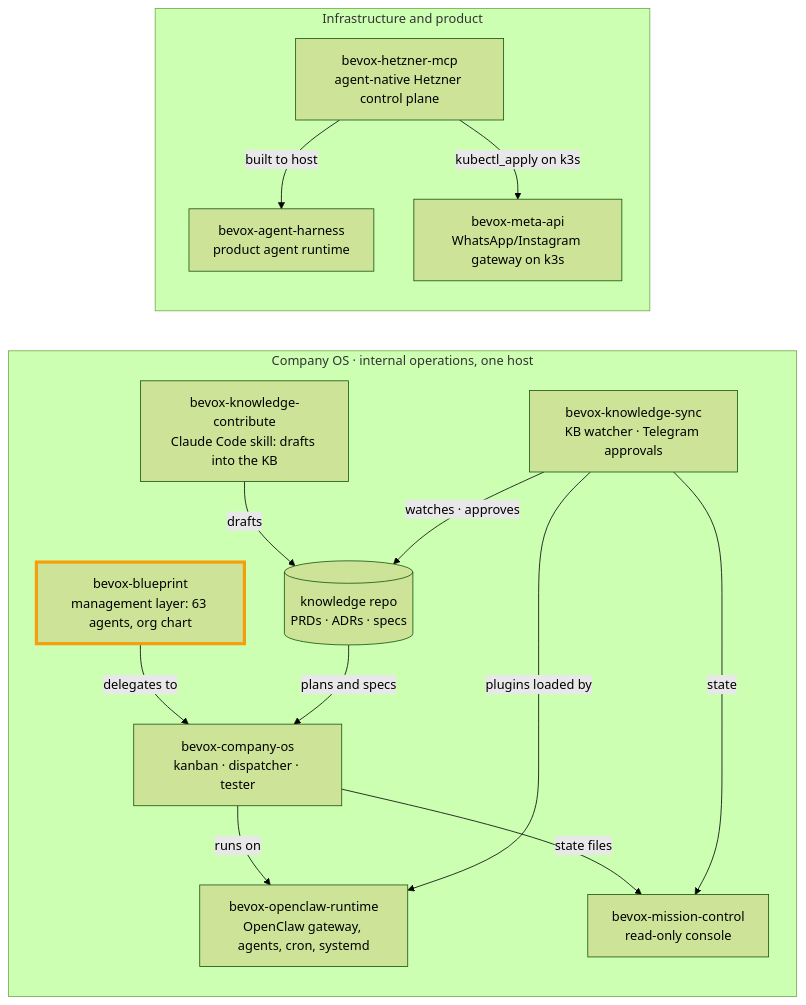
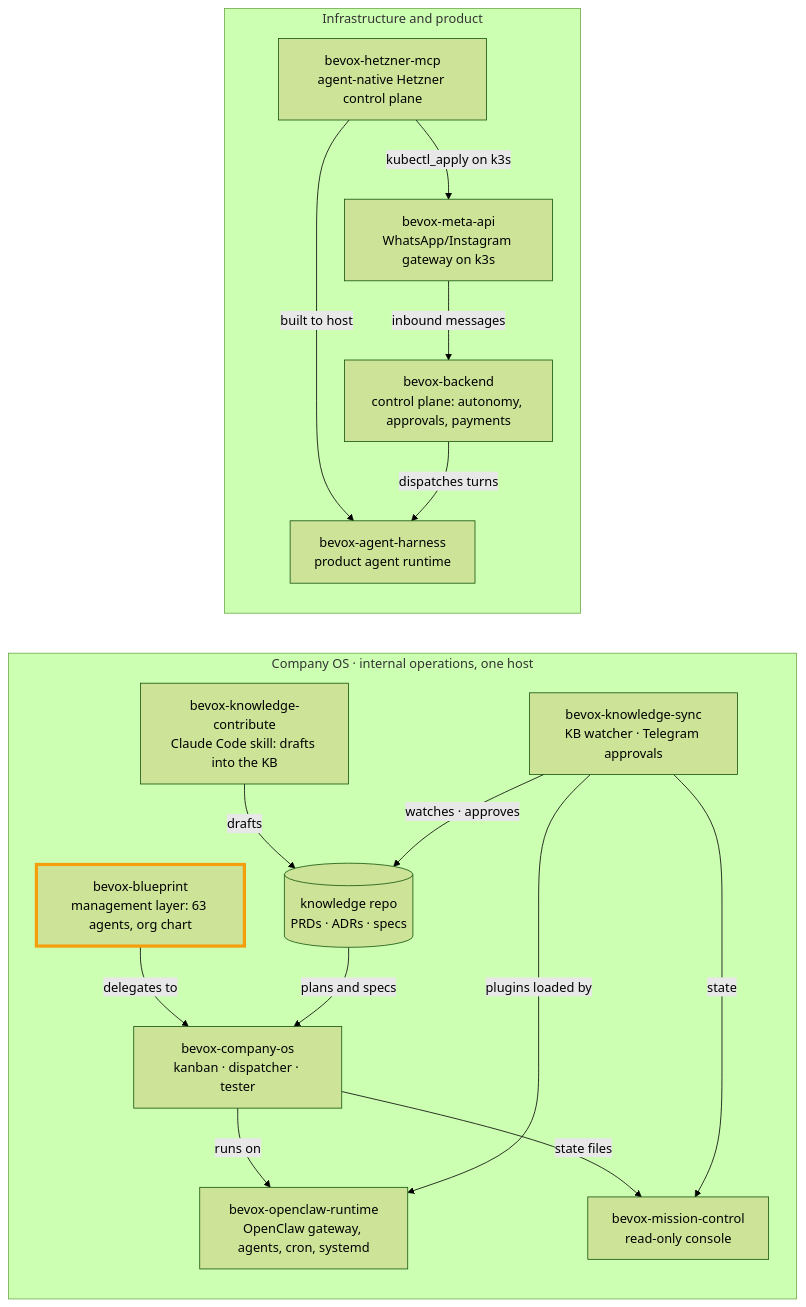
One commit to bernardTavares/bevox-blueprint changed the diagram in README.md. Above: the diagram before and after it, drawn with Mermaid (forest theme). The commit also changed other lines of this file, not shown here.

Commit message:
docs: add bevox-backend to the repo map
Claude-Session: https://claude.ai/code/session_01Qj817cr8c8u4ecWaCmkuX1

````diff
--- a/README.md
+++ b/README.md
@@ -90,31 +90,34 @@
 ```mermaid
 flowchart LR
   subgraph OPS["Company OS · internal operations, one host"]
     direction TB
     BP["bevox-blueprint<br/>management layer: 63 agents, org chart"]
     RT["bevox-openclaw-runtime<br/>OpenClaw gateway, agents, cron, systemd"]
     COS["bevox-company-os<br/>kanban · dispatcher · tester"]
     MC["bevox-mission-control<br/>read-only console"]
     KS["bevox-knowledge-sync<br/>KB watcher · Telegram approvals"]
     KC["bevox-knowledge-contribute<br/>Claude Code skill: drafts into the KB"]
     KB[("knowledge repo<br/>PRDs · ADRs · specs")]
   end
   subgraph INFRA["Infrastructure and product"]
     direction TB
     HZ["bevox-hetzner-mcp<br/>agent-native Hetzner control plane"]
     H["bevox-agent-harness<br/>product agent runtime"]
     MA["bevox-meta-api<br/>WhatsApp/Instagram gateway on k3s"]
+    BE["bevox-backend<br/>control plane: autonomy, approvals, payments"]
   end
   BP -->|delegates to| COS
   COS -->|runs on| RT
   KS -->|plugins loaded by| RT
   KC -->|drafts| KB
   KS -->|watches · approves| KB
   KB -->|plans and specs| COS
   COS -->|state files| MC
   KS -->|state| MC
   HZ -->|built to host| H
   HZ -->|kubectl_apply on k3s| MA
+  MA -->|inbound messages| BE
+  BE -->|dispatches turns| H
   classDef here stroke:#f59e0b,stroke-width:4px
   class BP here
 ```
````
